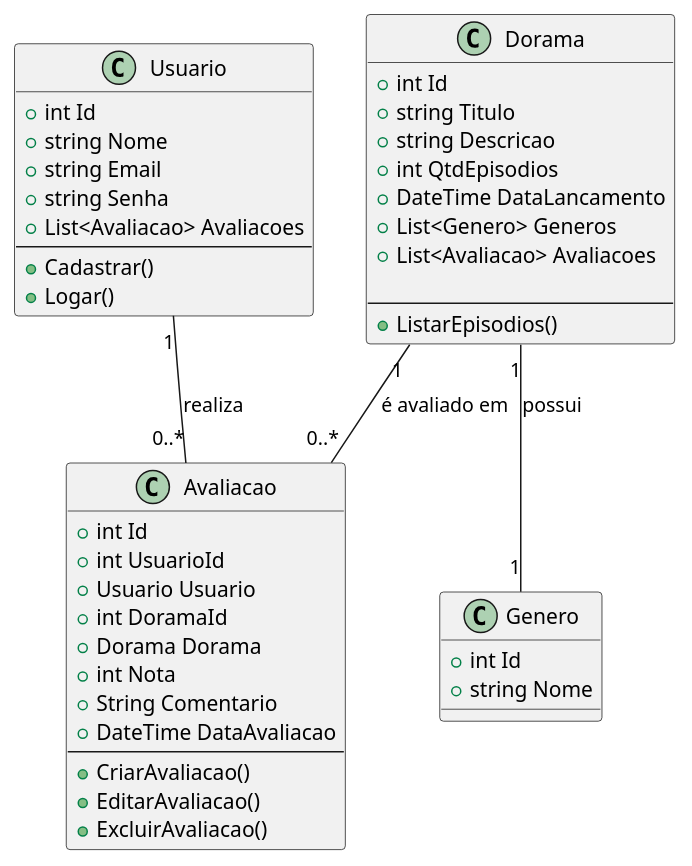
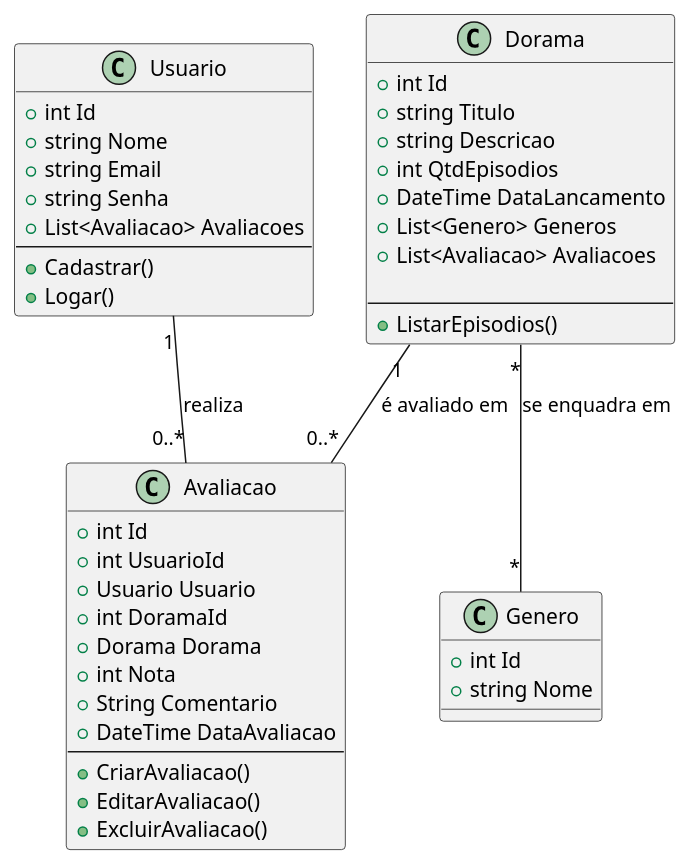
Before and after one commit to KaioHenr/Trab1-PS: the diagram in Trab1-PS/diagramas/diagramas_plantuml/diagrama_de_classes.plantuml, drawn with PlantUML. The commit also changed 5 other files, not shown here.

Commit message:
update diagrama: diagramas

```diff
--- a/Trab1-PS/diagramas/diagramas_plantuml/diagrama_de_classes.plantuml
+++ b/Trab1-PS/diagramas/diagramas_plantuml/diagrama_de_classes.plantuml
@@ -2,51 +2,51 @@
 @startuml
 class Usuario {
     + int Id
     + string Nome
     + string Email
     + string Senha
     + List<Avaliacao> Avaliacoes
     --
     + Cadastrar()
     + Logar()
 }
 
 class Avaliacao {
     + int Id
     + int UsuarioId
     + Usuario Usuario
     + int DoramaId
     + Dorama Dorama
     + int Nota
     + String Comentario
     + DateTime DataAvaliacao
     --
     + CriarAvaliacao()
     + EditarAvaliacao()
     + ExcluirAvaliacao()
 }
 
 class Dorama {
     + int Id
     + string Titulo
     + string Descricao
     + int QtdEpisodios
     + DateTime DataLancamento
     + List<Genero> Generos
     + List<Avaliacao> Avaliacoes
     
     --
     + ListarEpisodios()
 }
 class Genero {
     + int Id
     + string Nome
 }
 
 Usuario "1" -- "0..*" Avaliacao : "realiza"
 Dorama "1" -- "0..*" Avaliacao : "é avaliado em"
-Dorama "1" -- "1" Genero : "possui"
+Dorama "*" -- "*" Genero : "se enquadra em"
 
 
 
 @enduml
```
